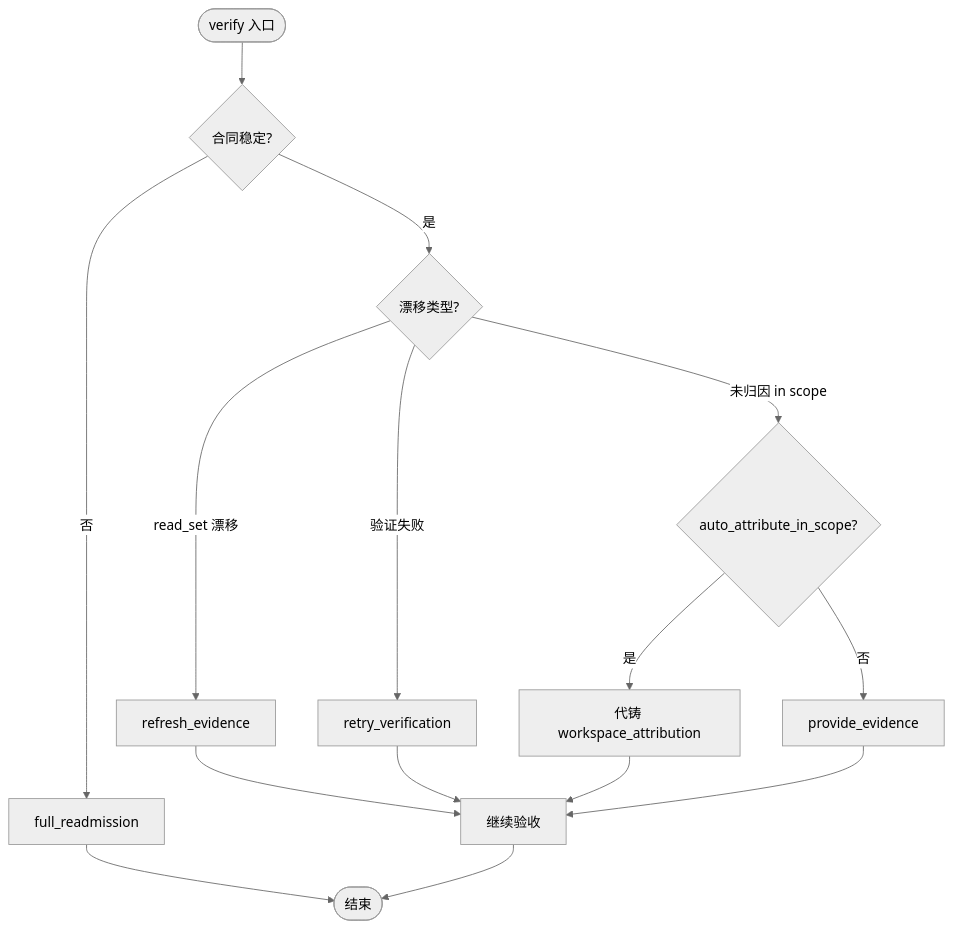
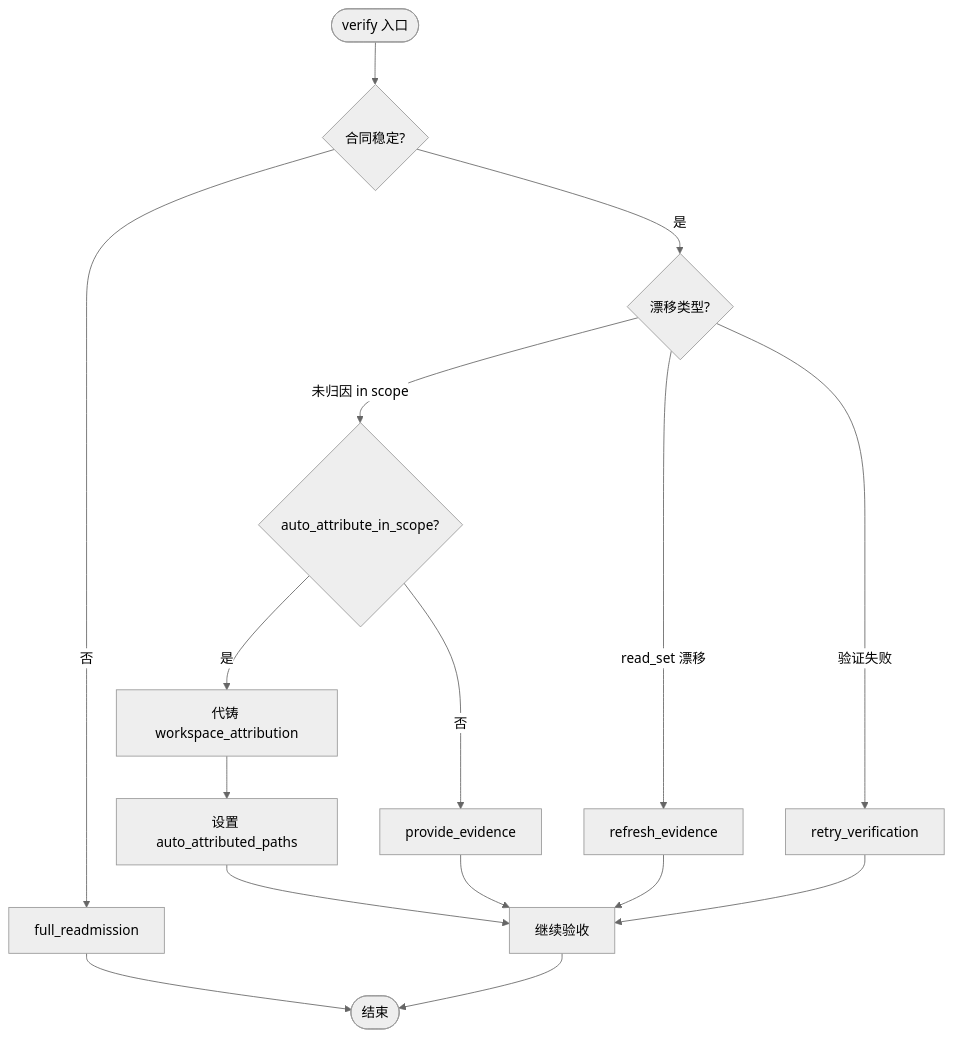
The sixth of 7 diagrams in .qoder/repowiki/zh/content/证据系统/自动归因功能.md (HackSing/docs-harness), drawn with Mermaid (neutral theme) before and after one commit. The commit also changed other lines of this file and 40 other files, not shown here.

````diff
--- a/.qoder/repowiki/zh/content/证据系统/自动归因功能.md
+++ b/.qoder/repowiki/zh/content/证据系统/自动归因功能.md
@@ -254,17 +309,18 @@
 ```mermaid
 flowchart TD
 VStart(["verify 入口"]) --> CheckContract{"合同稳定?"}
 CheckContract --> |否| FullReadmit["full_readmission"]
 CheckContract --> |是| CheckDrift{"漂移类型?"}
 CheckDrift --> |read_set 漂移| RefreshEvid["refresh_evidence"]
 CheckDrift --> |验证失败| RetryVer["retry_verification"]
 CheckDrift --> |未归因 in scope| AutoAttr{"auto_attribute_in_scope?"}
 AutoAttr --> |是| MintReceipt["代铸 workspace_attribution"]
+MintReceipt --> SetPaths["设置 auto_attributed_paths"]
+SetPaths --> Continue["继续验收"]
 AutoAttr --> |否| ProvideEvid["provide_evidence"]
-MintReceipt --> Continue["继续验收"]
+ProvideEvid --> Continue
 RefreshEvid --> Continue
 RetryVer --> Continue
-ProvideEvid --> Continue
 FullReadmit --> End(["结束"])
 Continue --> End
 ```
````
